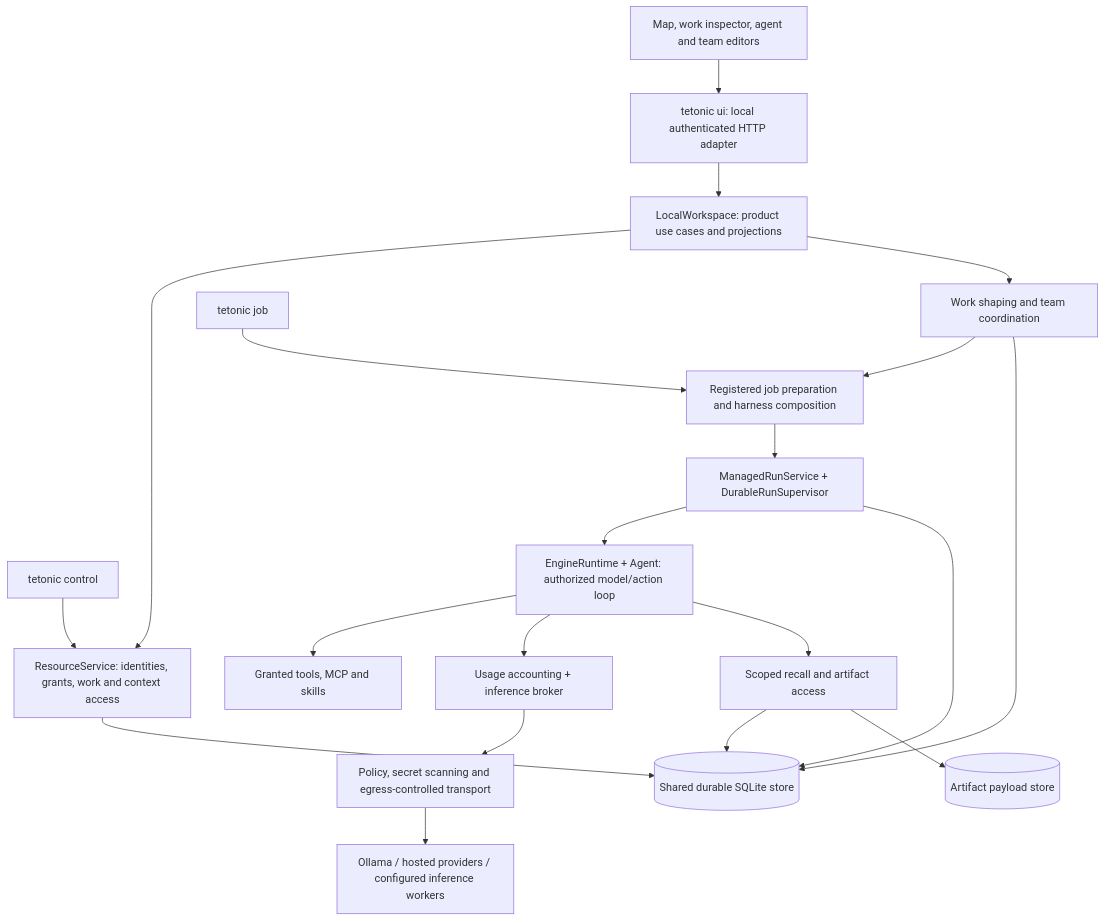
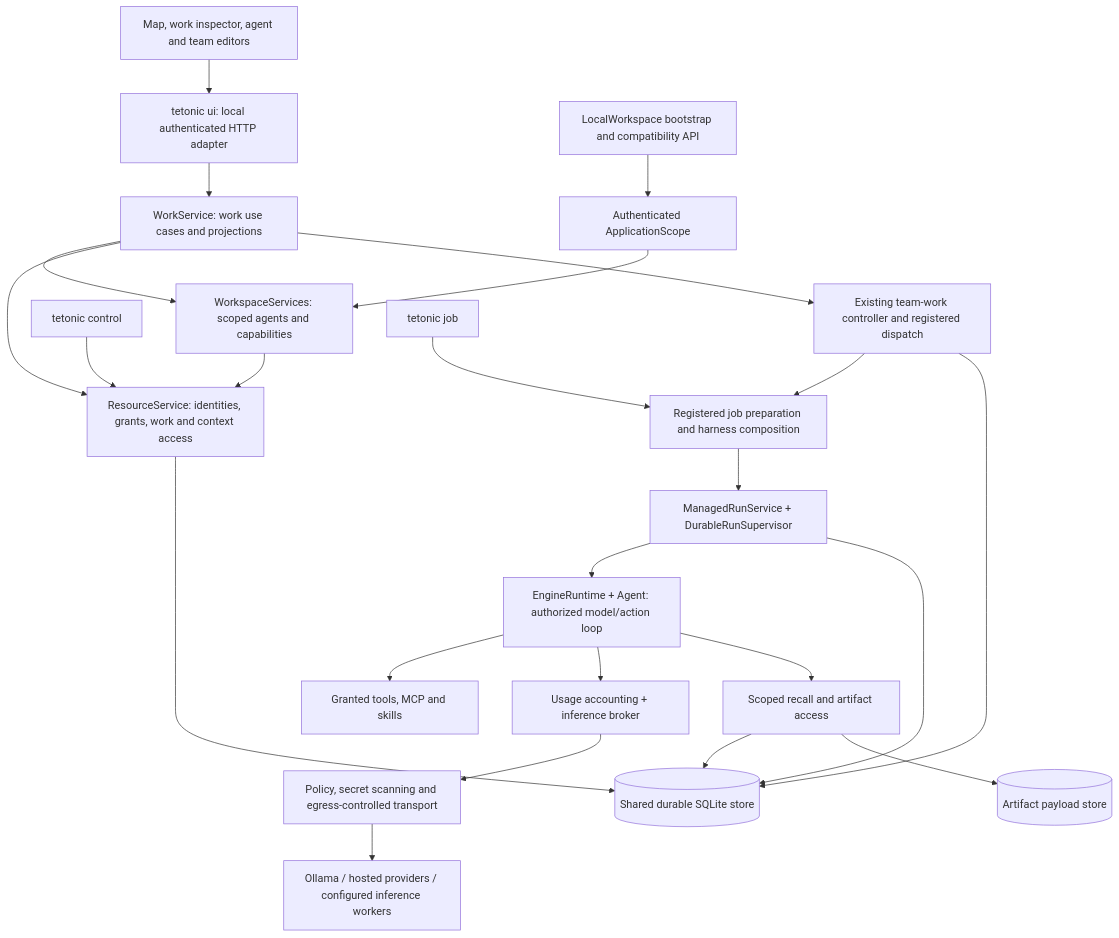
The diagram in docs/architecture/README.md (tetonic-labs/tetonic), drawn with Mermaid before and after one commit. The commit also changed other lines of this file and 109 other files, not shown here.

Commit message:
refactor: extract scoped workspace and work services

````diff
--- a/docs/architecture/README.md
+++ b/docs/architecture/README.md
@@ -19,22 +20,26 @@
 ```mermaid
 flowchart TD
     UI["Map, work inspector, agent and team editors"] --> HTTP["tetonic ui: local authenticated HTTP adapter"]
-    HTTP --> Workspace["LocalWorkspace: product use cases and projections"]
+    HTTP --> Work["WorkService: work use cases and projections"]
+    Bootstrap["LocalWorkspace bootstrap and compatibility API"] --> Scope["Authenticated ApplicationScope"]
+    Scope --> Workspace["WorkspaceServices: scoped agents and capabilities"]
+    Work --> Workspace
     Control["tetonic control"] --> Resources["ResourceService: identities, grants, work and context access"]
     Workspace --> Resources
-    Workspace --> Coordination["Work shaping and team coordination"]
+    Work --> Resources
+    Work --> Coordination["Existing team-work controller and registered dispatch"]
     Coordination --> Launch["Registered job preparation and harness composition"]
     Job["tetonic job"] --> Launch
     Launch --> Managed["ManagedRunService + DurableRunSupervisor"]
     Managed --> Runtime["EngineRuntime + Agent: authorized model/action loop"]
     Runtime --> Tools["Granted tools, MCP and skills"]
     Runtime --> Inference["Usage accounting + inference broker"]
     Inference --> Egress["Policy, secret scanning and egress-controlled transport"]
     Egress --> Models["Ollama / hosted providers / configured inference workers"]
     Resources --> Store[("Shared durable SQLite store")]
     Coordination --> Store
     Managed --> Store
     Runtime --> Context["Scoped recall and artifact access"]
     Context --> Store
     Context --> Artifacts[("Artifact payload store")]
 ```
````
